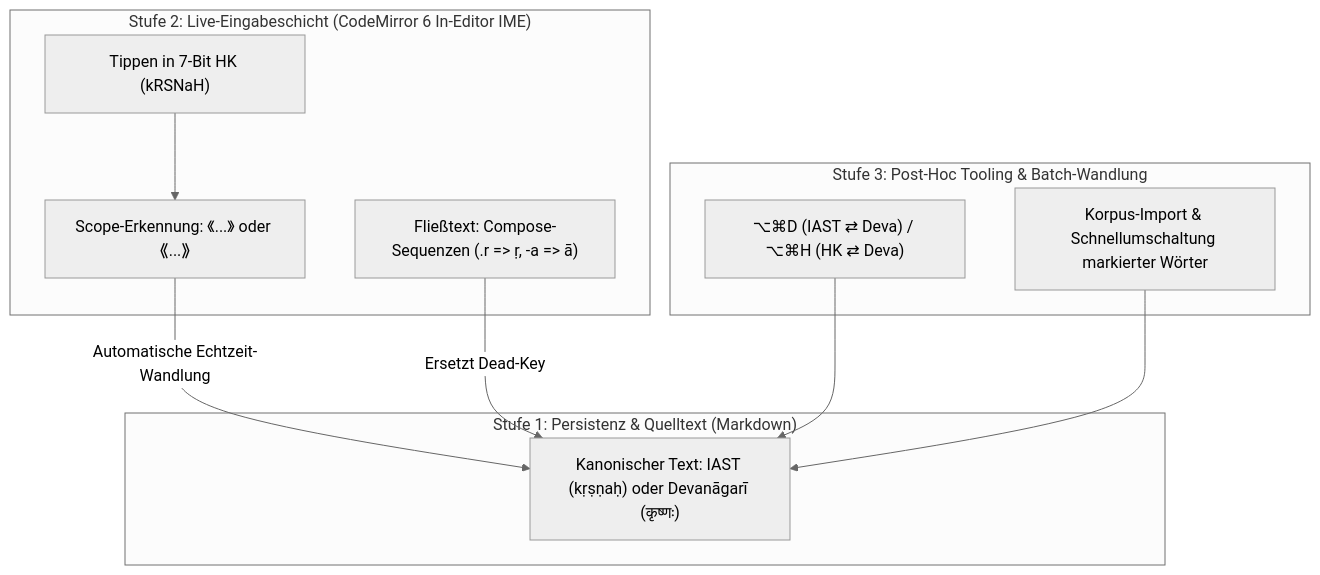
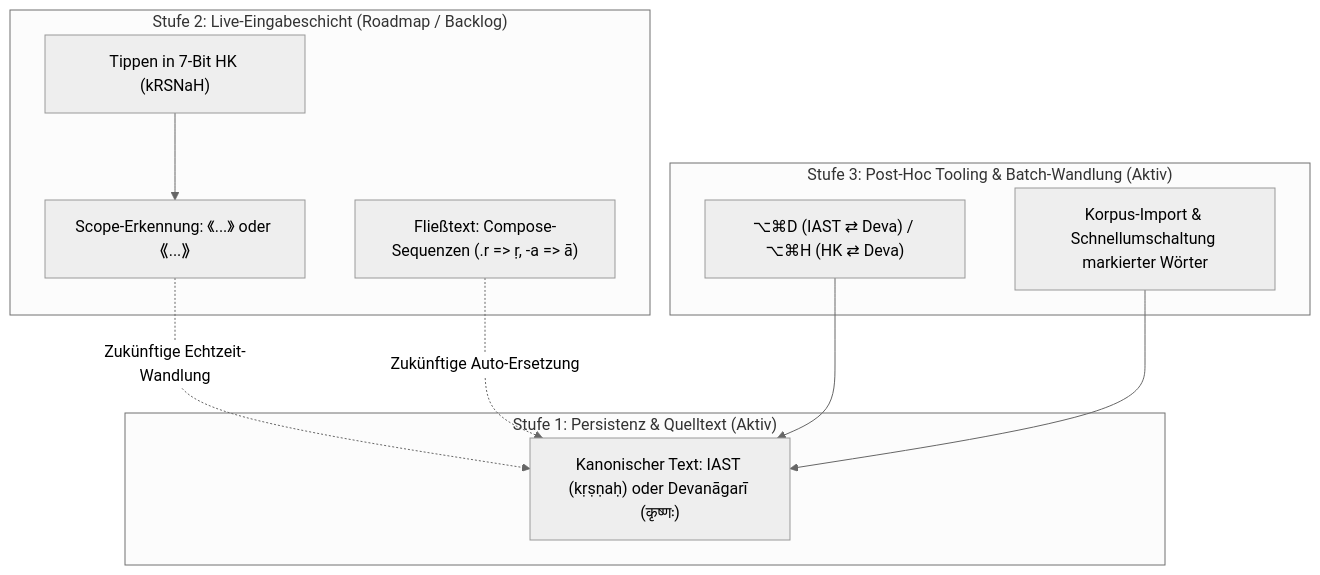
One commit to marcodem/zentauri changed the diagram in docs/de/scholarly-input-architecture.md. Above: the diagram before and after it, drawn with Mermaid (neutral theme). The commit also changed other lines of this file and 10 other files, not shown here.

Commit message:
docs: delineate active features vs roadmap backlog and add roadmap pages

````diff
--- a/docs/de/scholarly-input-architecture.md
+++ b/docs/de/scholarly-input-architecture.md
@@ -41,22 +47,22 @@
 ```mermaid
 flowchart TD
-    subgraph Stufe1["Stufe 1: Persistenz & Quelltext (Markdown)"]
+    subgraph Stufe1["Stufe 1: Persistenz & Quelltext (Aktiv)"]
         DOC["Kanonischer Text: IAST (kṛṣṇaḥ) oder Devanāgarī (कृष्णः)"]
     end
 
-    subgraph Stufe2["Stufe 2: Live-Eingabeschicht (CodeMirror 6 In-Editor IME)"]
+    subgraph Stufe2["Stufe 2: Live-Eingabeschicht (Roadmap / Backlog)"]
         SCOPE["Scope-Erkennung: 《...》 oder ⟪...⟫"]
         HK_INPUT["Tippen in 7-Bit HK (kRSNaH)"]
         COMPOSE["Fließtext: Compose-Sequenzen (.r => ṛ, -a => ā)"]
-        SCOPE -->|Automatische Echtzeit-Wandlung| DOC
-        COMPOSE -->|Ersetzt Dead-Key| DOC
+        SCOPE -.->|Zukünftige Echtzeit-Wandlung| DOC
+        COMPOSE -.->|Zukünftige Auto-Ersetzung| DOC
         HK_INPUT --> SCOPE
     end
 
-    subgraph Stufe3["Stufe 3: Post-Hoc Tooling & Batch-Wandlung"]
+    subgraph Stufe3["Stufe 3: Post-Hoc Tooling & Batch-Wandlung (Aktiv)"]
         SHORTCUTS["⌥⌘D (IAST ⇄ Deva) / ⌥⌘H (HK ⇄ Deva)"]
         BATCH["Korpus-Import & Schnellumschaltung markierter Wörter"]
         SHORTCUTS --> DOC
         BATCH --> DOC
     end
 ```
````
